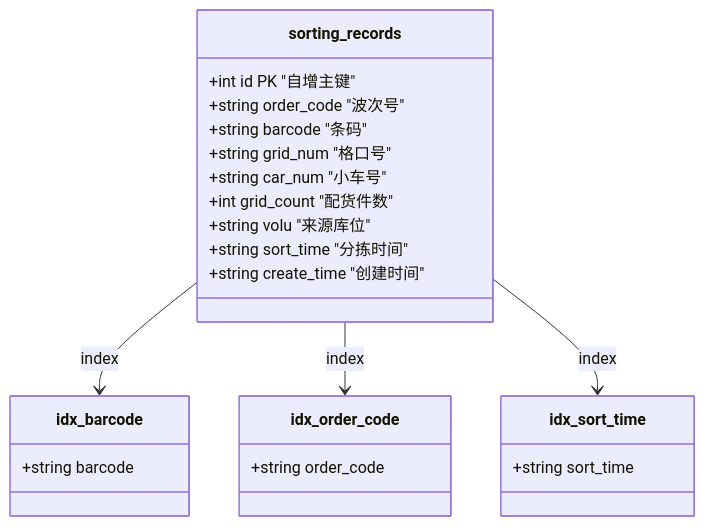
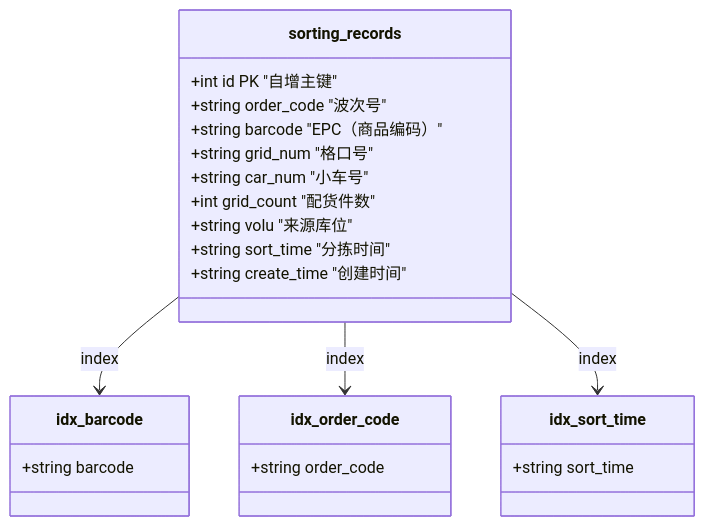
Diagram 13 of 27 in WCSHttpServer-材料/数据库表设计方案.md (dryQAQ/WCSHttpServer), drawn with Mermaid before and after one commit. The commit also changed other lines of this file and 68 other files, not shown here.

````diff
--- a/WCSHttpServer-材料/数据库表设计方案.md
+++ b/WCSHttpServer-材料/数据库表设计方案.md
@@ -423,26 +423,26 @@
 ```mermaid
 classDiagram
     class sorting_records {
         +int id PK "自增主键"
         +string order_code "波次号"
-        +string barcode "条码"
+        +string barcode "EPC（商品编码）"
         +string grid_num "格口号"
         +string car_num "小车号"
         +int grid_count "配货件数"
         +string volu "来源库位"
         +string sort_time "分拣时间"
         +string create_time "创建时间"
     }
     class idx_barcode {
         +string barcode
     }
     class idx_order_code {
         +string order_code
     }
     class idx_sort_time {
         +string sort_time
     }
     sorting_records --> idx_barcode : index
     sorting_records --> idx_order_code : index
     sorting_records --> idx_sort_time : index
 ```
````
